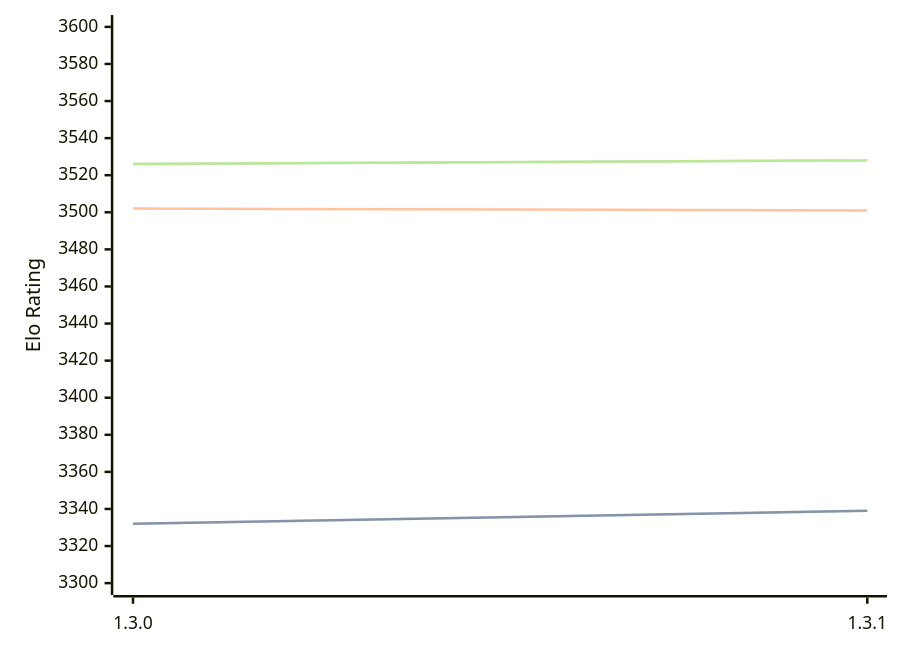
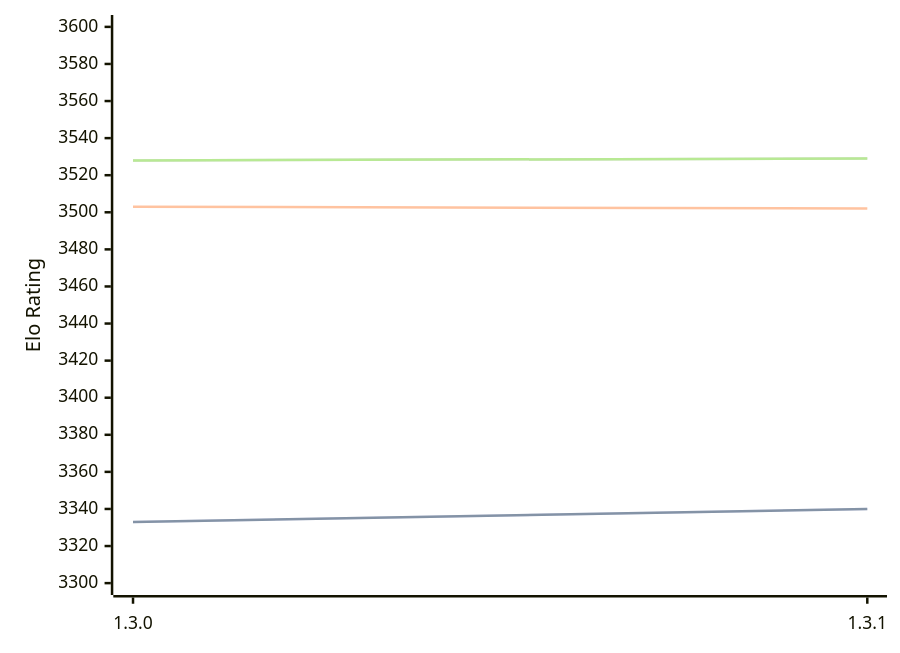
The diagram in engines/Renegade.md (computer-chess-index/cci), drawn with Mermaid before and after one commit. The commit also changed other lines of this file, not shown here.

Commit message:
Update CCI Ratings (ELO VLTC) - 2026-08-09

````diff
--- a/engines/Renegade.md
+++ b/engines/Renegade.md
@@ -33,11 +33,11 @@
 ```mermaid
 %%{init: {"theme":"base","themeVariables":{"seriesColors:['#a3a3a3','#222221','#faa371']}}}%%
 xychart-beta
   x-axis ["1.3.0", "1.3.1"]
   y-axis "Elo Rating" 3300 --> 3600
-  line "STC (8.0+0.08s)" [3332, 3339]
-  line "STC (8.0+0.08s)" [3332, 3339]
-  line "LTC (60.0+0.60s)" [3502, 3501]
-  line "VLTC (2m24s+1.12s)" [3526, 3528]
-  line "VLTC (2m24s+1.12s)" [3526, 3528]
+  line "STC (8.0+0.08s)" [3333, 3340]
+  line "STC (8.0+0.08s)" [3333, 3340]
+  line "LTC (60.0+0.60s)" [3503, 3502]
+  line "VLTC (2m24s+1.12s)" [3528, 3529]
+  line "VLTC (2m24s+1.12s)" [3528, 3529]
 ```
````
